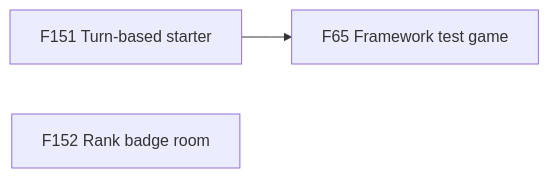
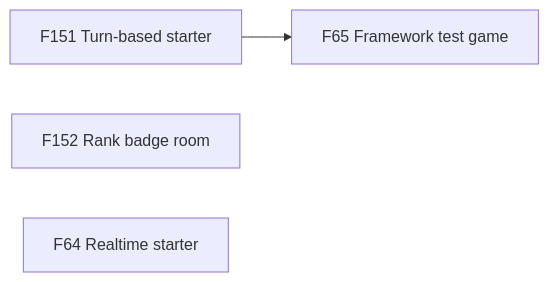
Before and after one commit to TheBlueMuzzy/framework: diagram 22 of 22 in .planning/ROADMAP.md, drawn with Mermaid. The commit also changed other lines of this file, not shown here.

Commit message:
Roadmap: F59, F60, F62 ✅ (checked in the code and Goops' GitHub runs); v0.9 done; F64 realtime starter → v0.24 (framework work); slow motion → Later

````diff
--- a/.planning/ROADMAP.md
+++ b/.planning/ROADMAP.md
@@ -402,5 +401,6 @@
 ```mermaid
 flowchart LR
   F151[F151 Turn-based starter] --> F65[F65 Framework test game]
   F152[F152 Rank badge room]
+  F64[F64 Realtime starter]
 ```
````
